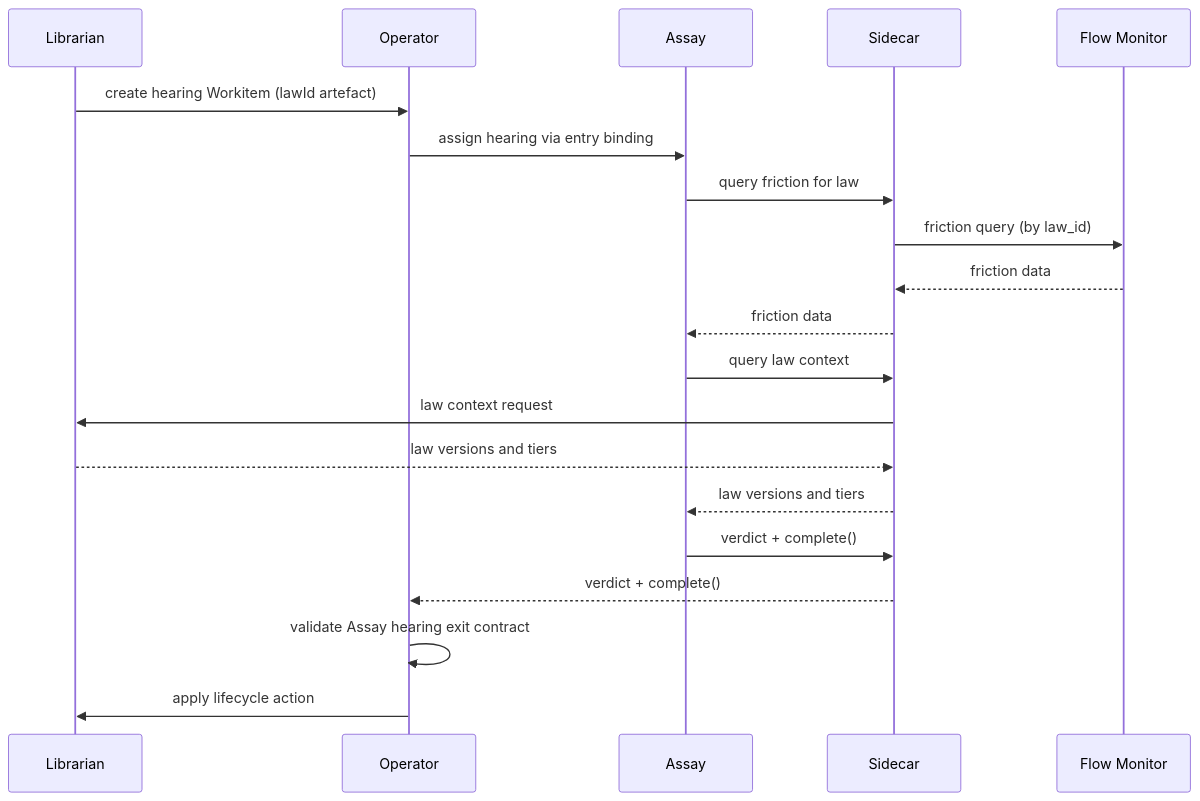
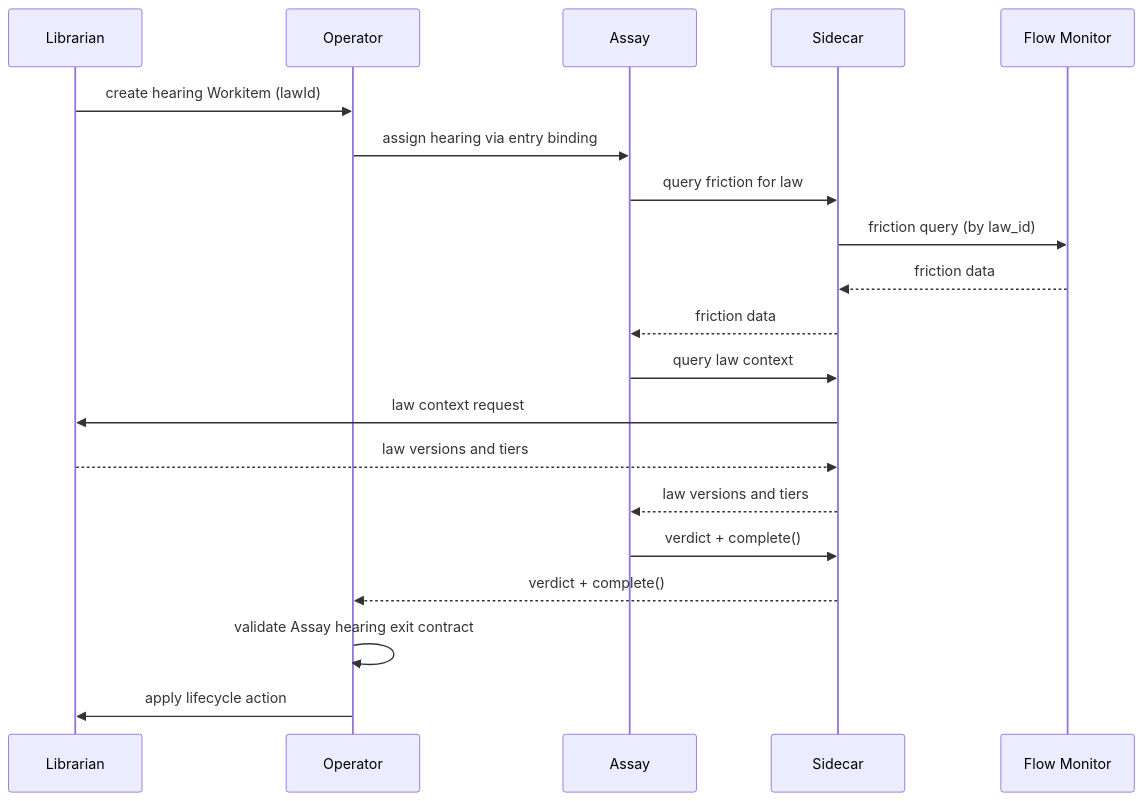
Before and after one commit to really-knows-ai/gideas: the fourth of 4 diagrams in 02-flow/04-system-services.md, drawn with Mermaid. The commit also changed other lines of this file and 9 other files, not shown here.

Commit message:
Refactor Assay hearing processes and artefact handling for clarity; update documentation to reflect changes in review hearing triggers and artefact structure.

````diff
--- a/02-flow/04-system-services.md
+++ b/02-flow/04-system-services.md
@@ -221,23 +222,23 @@
 ```mermaid
 sequenceDiagram
     participant LB as Librarian
     participant OP as Operator
     participant AS as Assay
     participant SC as Sidecar
     participant FM as Flow Monitor
 
-    LB->>OP: create hearing Workitem (lawId artefact)
+    LB->>OP: create hearing Workitem (lawId)
     OP->>AS: assign hearing via entry binding
     AS->>SC: query friction for law
     SC->>FM: friction query (by law_id)
     FM-->>SC: friction data
     SC-->>AS: friction data
     AS->>SC: query law context
     SC->>LB: law context request
     LB-->>SC: law versions and tiers
     SC-->>AS: law versions and tiers
     AS->>SC: verdict + complete()
     SC-->>OP: verdict + complete()
     OP->>OP: validate Assay hearing exit contract
     OP->>LB: apply lifecycle action
 ```
````
